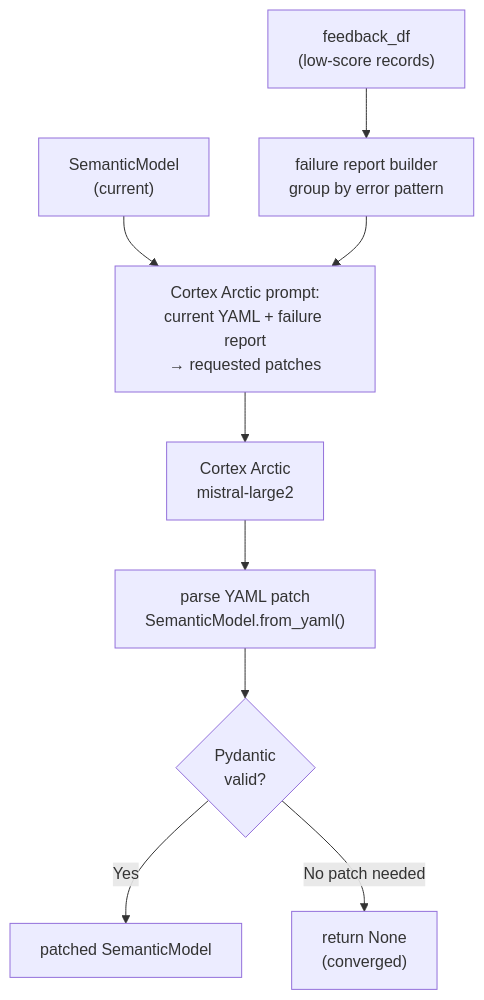
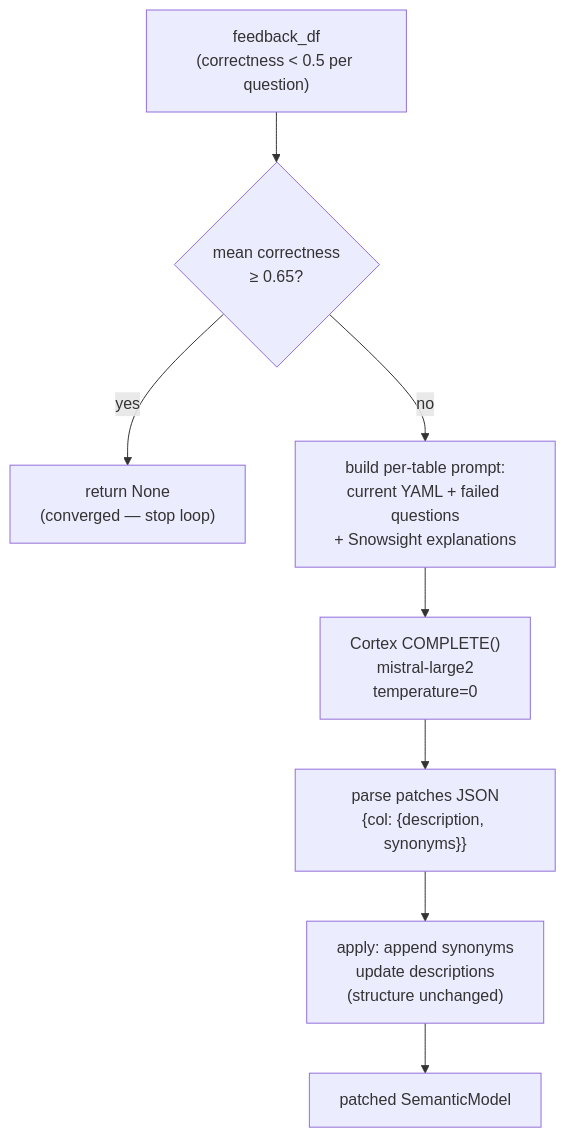
One commit to CynicDog/semantic-model-weaver changed the tenth of 13 diagrams in .claude/architecture/ARCHITECTURE.md. Above: the diagram before and after it, drawn with Mermaid. The commit also changed other lines of this file and 21 other files, not shown here.

````diff
--- a/.claude/architecture/ARCHITECTURE.md
+++ b/.claude/architecture/ARCHITECTURE.md
@@ -382,17 +502,15 @@
 ```mermaid
 flowchart TD
-    fdf["feedback_df\n(low-score records)"]
-    model["SemanticModel\n(current)"]
-    report["failure report builder\ngroup by error pattern"]
-    prompt["Cortex Arctic prompt:\ncurrent YAML + failure report\n→ requested patches"]
-    arctic["Cortex Arctic\nmistral-large2"]
-    parse["parse YAML patch\nSemanticModel.from_yaml()"]
-    validate{"Pydantic\nvalid?"}
-    none["return None\n(converged)"]
+    fdf["feedback_df\n(correctness < 0.5 per question)"]
+    check{"mean correctness\n≥ 0.65?"}
+    none["return None\n(converged — stop loop)"]
+    report["build per-table prompt:\ncurrent YAML + failed questions\n+ Snowsight explanations"]
+    cortex["Cortex COMPLETE()\nmistral-large2\ntemperature=0"]
+    parse["parse patches JSON\n{col: {description, synonyms}}"]
+    apply["apply: append synonyms\nupdate descriptions\n(structure unchanged)"]
     out["patched SemanticModel"]
 
-    fdf --> report
-    model & report --> prompt --> arctic --> parse --> validate
-    validate -- "Yes" --> out
-    validate -- "No patch needed" --> none
+    fdf --> check
+    check -- "yes" --> none
+    check -- "no" --> report --> cortex --> parse --> apply --> out
 ```
````
